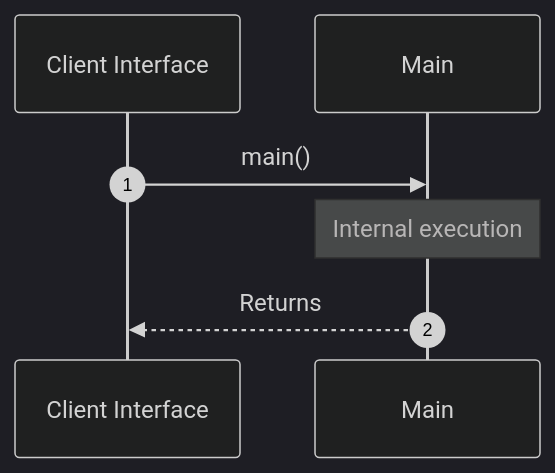
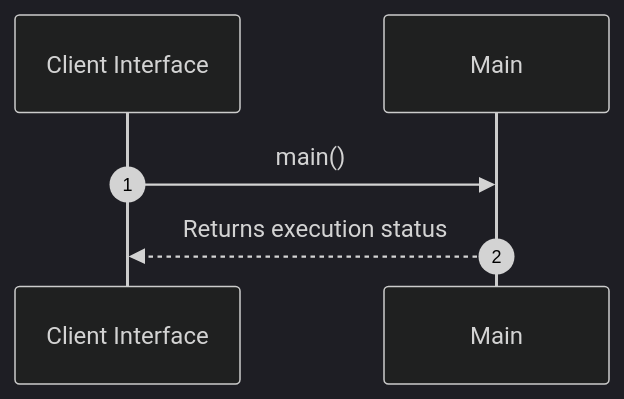
The second of 2 diagrams in openwiki/src/main.md (lgcorzo/fastapi-autogen-team), drawn with Mermaid (dark theme) before and after one commit. The commit also changed other lines of this file and 22 other files, not shown here.

````diff
--- a/openwiki/src/main.md
+++ b/openwiki/src/main.md
@@ -45,9 +45,8 @@
 ```mermaid
 sequenceDiagram
     autonumber
     participant Caller as Client Interface
     participant Svc as Main
     Caller->>Svc: main()
-    Note over Svc: Internal execution
-    Svc-->>Caller: Returns
+    Svc-->>Caller: Returns execution status
 ```
````
